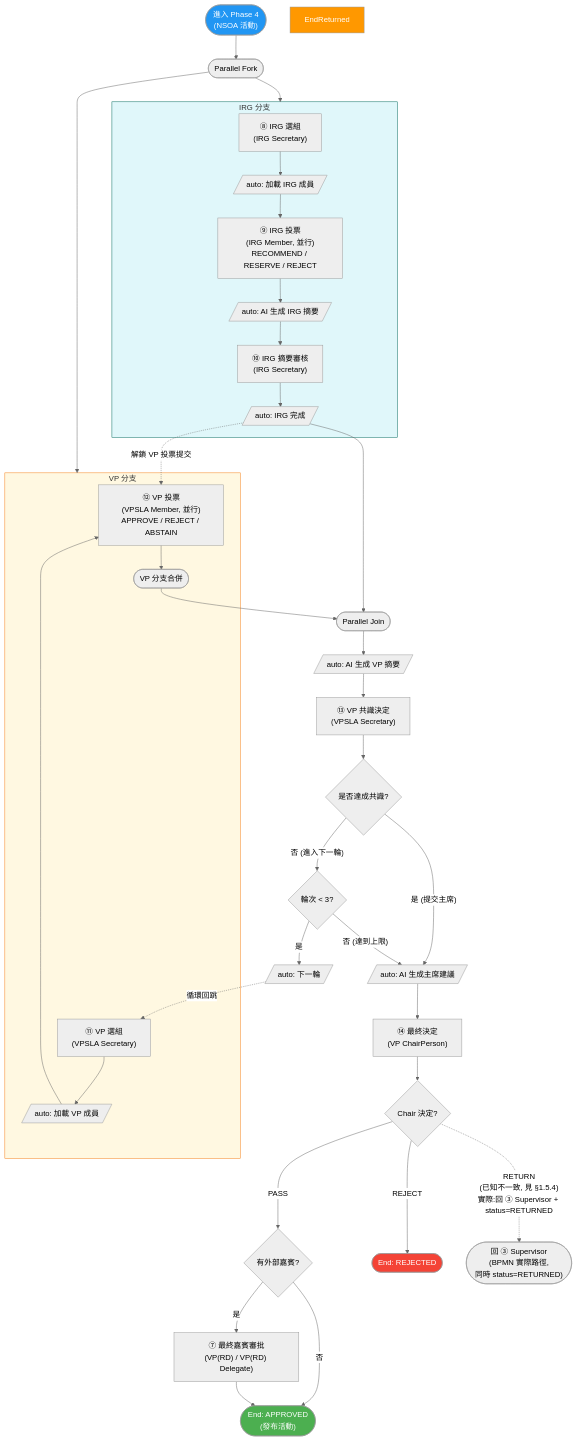
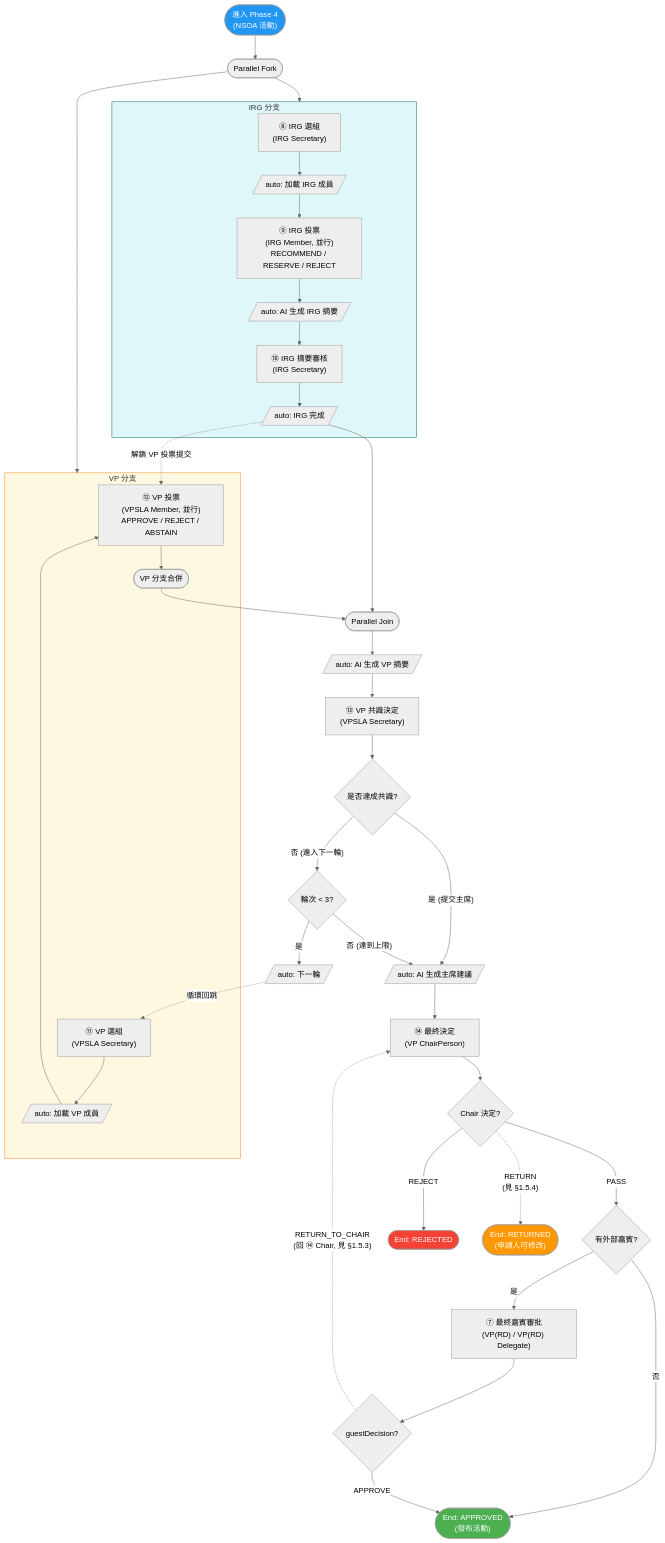
One commit to OneStar-Projects/SLAS-Docs changed the third of 3 diagrams in activity-publish-workflow-design.md. Above: the diagram before and after it, drawn with Mermaid (neutral theme). The commit also changed other lines of this file and 2 other files, not shown here.

First line of the commit message:
docs: sync VPRD decision flow, editing lock, slim permissions matrix

````diff
--- a/activity-publish-workflow-design.md
+++ b/activity-publish-workflow-design.md
@@ -419,54 +494,56 @@
 ```mermaid
 flowchart TD
     Entry(["進入 Phase 4<br/>(NSOA 活動)"])
     Entry --> ParallelFork(["Parallel Fork"])
 
     ParallelFork --> IRGBranch
     ParallelFork --> VPBranch
 
     subgraph IRGBranch["IRG 分支"]
         IRGSelect["⑧ IRG 選組<br/>(IRG Secretary)"]
         IRGSelect --> LoadIRG[/"auto: 加載 IRG 成員"/]
         LoadIRG --> IRGVote["⑨ IRG 投票<br/>(IRG Member, 並行)<br/>RECOMMEND / RESERVE / REJECT"]
         IRGVote --> IRGSummary[/"auto: AI 生成 IRG 摘要"/]
         IRGSummary --> IRGReview["⑩ IRG 摘要審核<br/>(IRG Secretary)"]
         IRGReview --> IRGDone[/"auto: IRG 完成"/]
     end
 
     subgraph VPBranch["VP 分支"]
         VPSelect["⑪ VP 選組<br/>(VPSLA Secretary)"]
         VPSelect --> LoadVP[/"auto: 加載 VP 成員"/]
         LoadVP --> VPVote["⑫ VP 投票<br/>(VPSLA Member, 並行)<br/>APPROVE / REJECT / ABSTAIN"]
         VPVote --> VPMerge(["VP 分支合併"])
     end
 
     IRGDone -.->|"解鎖 VP 投票提交"| VPVote
     IRGDone --> Join(["Parallel Join"])
     VPMerge --> Join
 
     Join --> VPSummary[/"auto: AI 生成 VP 摘要"/]
     VPSummary --> VPDecide["⑬ VP 共識決定<br/>(VPSLA Secretary)"]
     VPDecide --> Gate{是否達成共識?}
     Gate -->|"是 (提交主席)"| ChairAI
     Gate -->|"否 (進入下一輪)"| RoundCheck{輪次 < 3?}
     RoundCheck -->|"是"| Increment[/"auto: 下一輪"/]
     Increment -.->|"循環回跳"| VPSelect
     RoundCheck -->|"否 (達到上限)"| ChairAI
 
     ChairAI[/"auto: AI 生成主席建議"/]
     ChairAI --> Chair["⑭ 最終決定<br/>(VP ChairPerson)"]
     Chair --> FinalGate{Chair 決定?}
     FinalGate -->|"PASS"| FinalGuestCheck{有外部嘉賓?}
     FinalGate -->|"REJECT"| EndRejected(["End: REJECTED"])
-    FinalGate -.->|"RETURN<br/>(已知不一致, 見 §1.5.4)<br/>實際:回 ③ Supervisor + status=RETURNED"| ChairReturnNode(["回 ③ Supervisor<br/>(BPMN 實際路徑,<br/>同時 status=RETURNED)"])
+    FinalGate -.->|"RETURN<br/>(見 §1.5.4)"| EndReturned(["End: RETURNED<br/>(申請人可修改)"])
     FinalGuestCheck -->|"是"| FinalGuest["⑦ 最終嘉賓審批<br/>(VP(RD) / VP(RD) Delegate)"]
     FinalGuestCheck -->|"否"| EndApproved(["End: APPROVED<br/>(發布活動)"])
-    FinalGuest --> EndApproved
+    FinalGuest --> FinalGuestGate{guestDecision?}
+    FinalGuestGate -->|"APPROVE"| EndApproved
+    FinalGuestGate -.->|"RETURN_TO_CHAIR<br/>(回 ⑭ Chair, 見 §1.5.3)"| Chair
 
     style Entry fill:#2196F3,color:#fff
     style EndApproved fill:#4CAF50,color:#fff
     style EndRejected fill:#f44336,color:#fff
     style EndReturned fill:#FF9800,color:#fff
     style IRGBranch fill:#E0F7FA,stroke:#00695C
     style VPBranch fill:#FFF8E1,stroke:#F57F17
 ```
````
